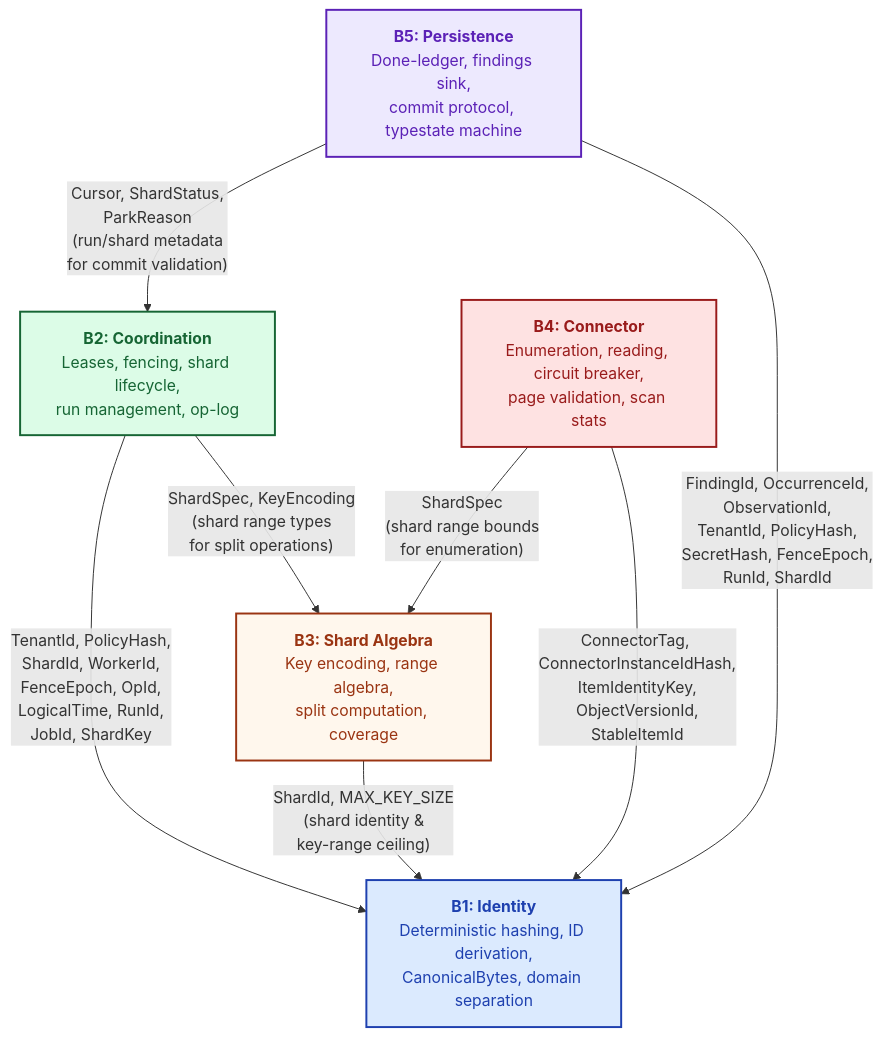
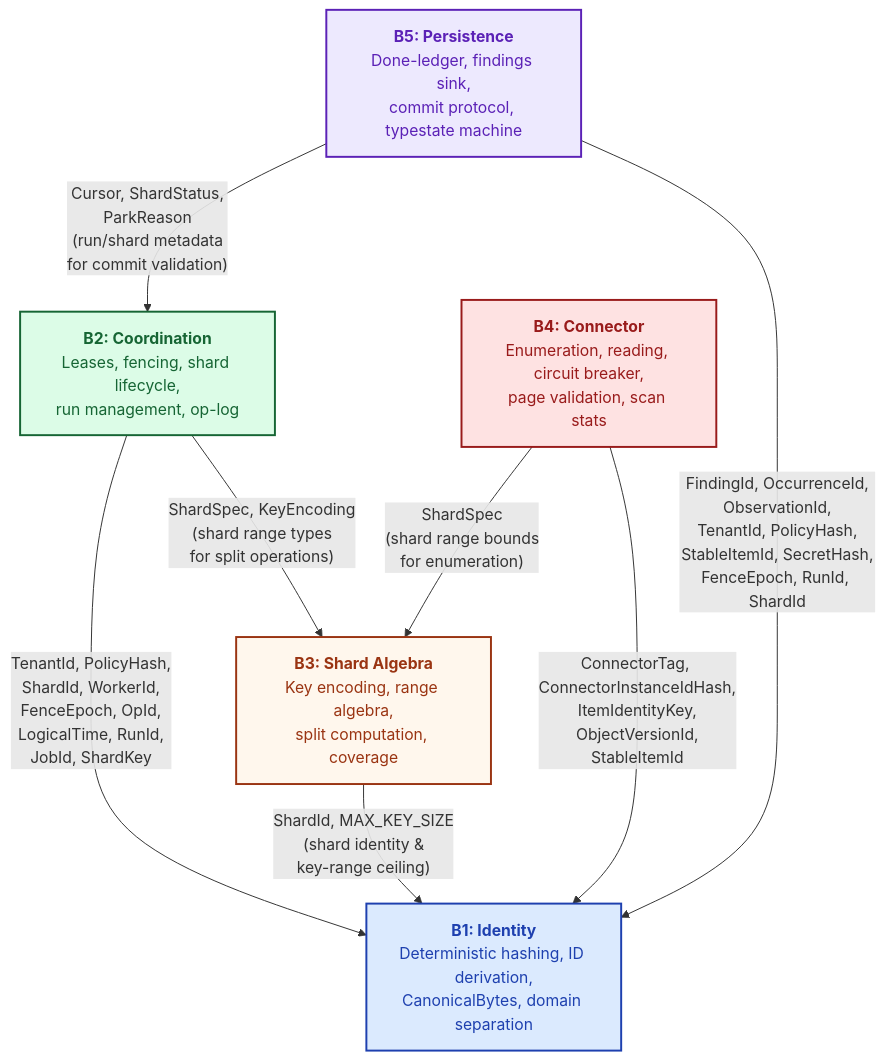
The first of 3 diagrams in diagrams/02-boundary-dependency-graph.md (ahrav/Gossip-rs), drawn with Mermaid before and after one commit. The commit also changed other lines of this file and 2 other files, not shown here.

Commit message:
Update boundary dependency diagrams for StableItemId and receipt chaining
- Replace DoneLedgerKey with StableItemId in B5→B1 edges (consistent
  with identity spine)
- Clarify receipt-chained commit semantics: three-stage upserts followed
  by checkpoint
- Distinguish RETRY (cursor unadvanced) from ROLLBACK in failure mode
  diagram
- Fix worker recovery checkpoint call signature in sequence diagram

````diff
--- a/diagrams/02-boundary-dependency-graph.md
+++ b/diagrams/02-boundary-dependency-graph.md
@@ -49,25 +49,25 @@
 ```mermaid
 %% Diagram: complete-type-annotated-dag
 graph TB
     B1["<b>B1: Identity</b><br/>Deterministic hashing, ID derivation,<br/>CanonicalBytes, domain separation"]
     B2["<b>B2: Coordination</b><br/>Leases, fencing, shard lifecycle,<br/>run management, op-log"]
     B3["<b>B3: Shard Algebra</b><br/>Key encoding, range algebra,<br/>split computation, coverage"]
     B4["<b>B4: Connector</b><br/>Enumeration, reading, circuit breaker,<br/>page validation, scan stats"]
     B5["<b>B5: Persistence</b><br/>Done-ledger, findings sink,<br/>commit protocol, typestate machine"]
 
     B2 -->|"TenantId, PolicyHash,<br/>ShardId, WorkerId,<br/>FenceEpoch, OpId,<br/>LogicalTime, RunId,<br/>JobId, ShardKey"| B1
     B3 -->|"ShardId, MAX_KEY_SIZE<br/>(shard identity &amp;<br/>key-range ceiling)"| B1
     B4 -->|"ConnectorTag, ConnectorInstanceIdHash,<br/>ItemIdentityKey,<br/>ObjectVersionId,<br/>StableItemId"| B1
-    B5 -->|"FindingId, OccurrenceId,<br/>ObservationId,<br/>TenantId, PolicyHash,<br/>SecretHash, FenceEpoch,<br/>RunId, ShardId"| B1
+    B5 -->|"FindingId, OccurrenceId,<br/>ObservationId,<br/>TenantId, PolicyHash,<br/>StableItemId, SecretHash,<br/>FenceEpoch, RunId, ShardId"| B1
 
     B2 -->|"ShardSpec, KeyEncoding<br/>(shard range types<br/>for split operations)"| B3
     B4 -->|"ShardSpec<br/>(shard range bounds<br/>for enumeration)"| B3
 
     B5 -->|"Cursor, ShardStatus,<br/>ParkReason<br/>(run/shard metadata<br/>for commit validation)"| B2
 
     style B1 fill:#DBEAFE,stroke:#1E40AF,stroke-width:2px,color:#1E40AF
     style B2 fill:#DCFCE7,stroke:#166534,stroke-width:2px,color:#166534
     style B3 fill:#FFF7ED,stroke:#9A3412,stroke-width:2px,color:#9A3412
     style B4 fill:#FEE2E2,stroke:#991B1B,stroke-width:2px,color:#991B1B
     style B5 fill:#EDE9FE,stroke:#5B21B6,stroke-width:2px,color:#5B21B6
 ```
````
